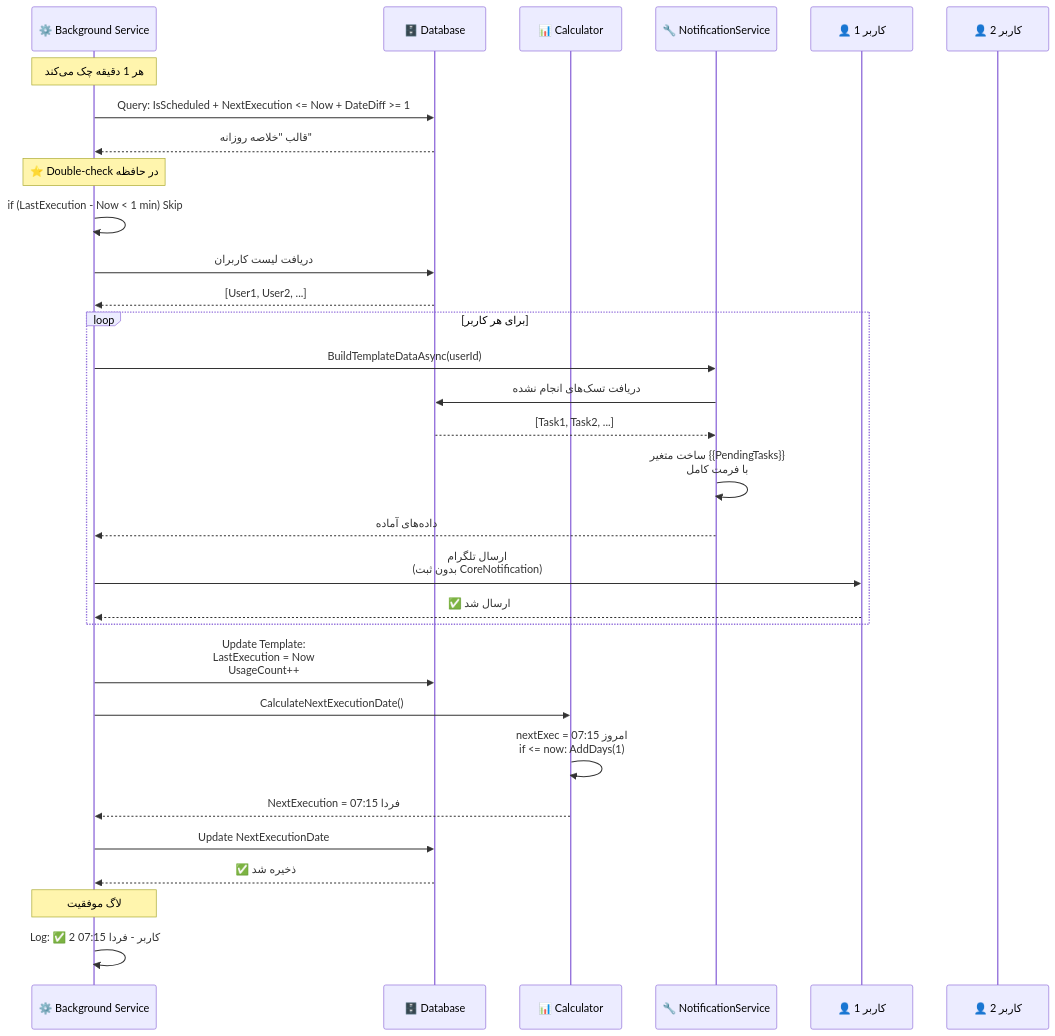
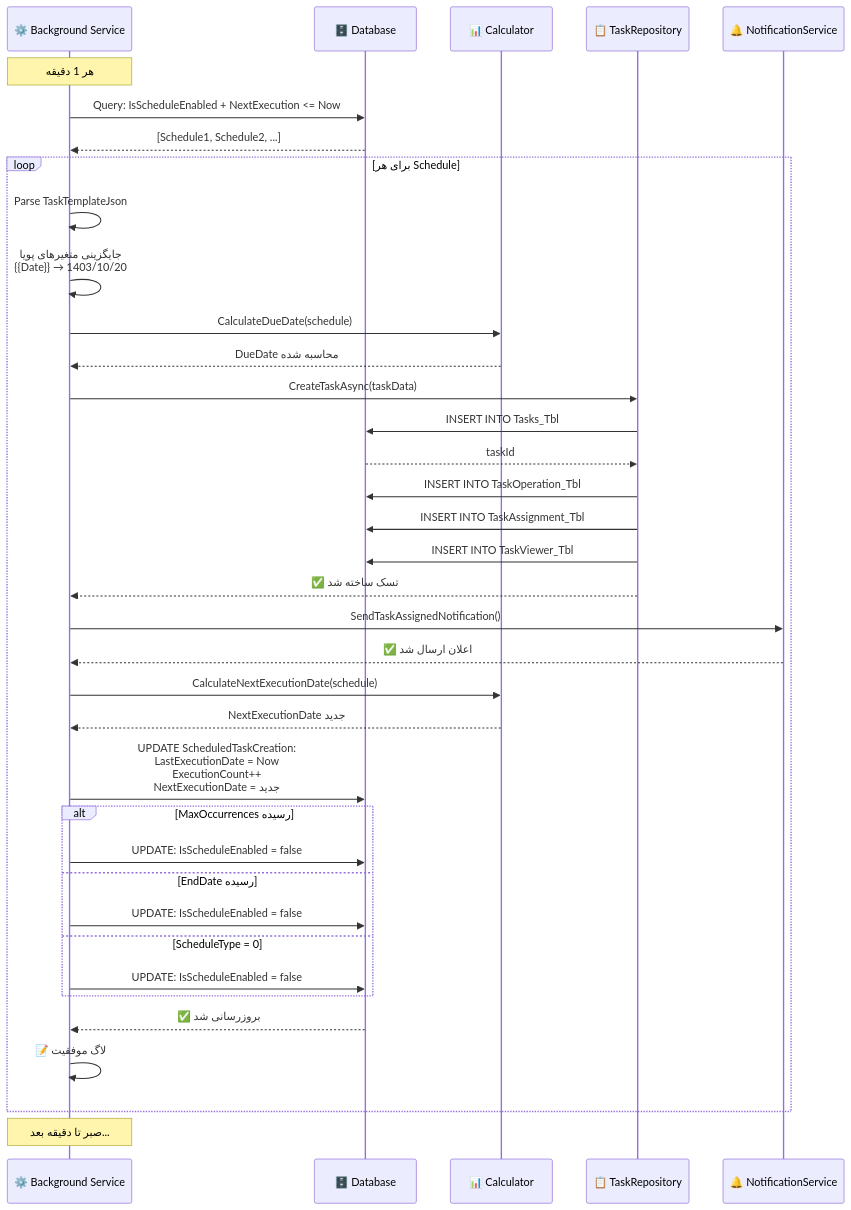
One commit to aminrey/MahERP changed diagram 15 of 25 in MahERP.DataModelLayer/Documentary/MahERP-Database-Diagrams.md. Above: the diagram before and after it, drawn with Mermaid. The commit also changed other lines of this file and 16 other files, not shown here.

First line of the commit message:
Add Scheduled Task Creation System

````diff
--- a/MahERP.DataModelLayer/Documentary/MahERP-Database-Diagrams.md
+++ b/MahERP.DataModelLayer/Documentary/MahERP-Database-Diagrams.md
@@ -816,46 +834,54 @@
 ```mermaid
 sequenceDiagram
     participant BG as ⚙️ Background Service
     participant DB as 🗄️ Database
     participant Calc as 📊 Calculator
-    participant Service as 🔧 NotificationService
-    participant User1 as 👤 کاربر 1
-    participant User2 as 👤 کاربر 2
+    participant Task as 📋 TaskRepository
+    participant Notif as 🔔 NotificationService
     
-    Note over BG: هر 1 دقیقه چک می‌کند
+    Note over BG: هر 1 دقیقه
     
-    BG->>DB: Query: IsScheduled + NextExecution <= Now + DateDiff >= 1
-    DB-->>BG: قالب "خلاصه روزانه"
+    BG->>DB: Query: IsScheduleEnabled + NextExecution <= Now
+    DB-->>BG: [Schedule1, Schedule2, ...]
     
-    Note over BG: ⭐ Double-check در حافظه
-    BG->>BG: if (LastExecution - Now < 1 min) Skip
-    
-    BG->>DB: دریافت لیست کاربران
-    DB-->>BG: [User1, User2, ...]
-    
-    loop برای هر کاربر
-        BG->>Service: BuildTemplateDataAsync(userId)
+    loop برای هر Schedule
+        BG->>BG: Parse TaskTemplateJson
         
-        Service->>DB: دریافت تسک‌های انجام نشده
-        DB-->>Service: [Task1, Task2, ...]
+        BG->>BG: جایگزینی متغیرهای پویا<br/>{{Date}} → 1403/10/20
         
-        Service->>Service: ساخت متغیر {{PendingTasks}}<br/>با فرمت کامل
+        BG->>Calc: CalculateDueDate(schedule)
+        Calc-->>BG: DueDate محاسبه شده
         
-        Service-->>BG: داده‌های آماده
+        BG->>Task: CreateTaskAsync(taskData)
+        Task->>DB: INSERT INTO Tasks_Tbl
+        DB-->>Task: taskId
         
-        BG->>User1: ارسال تلگرام<br/>(بدون ثبت CoreNotification)
-        User1-->>BG: ✅ ارسال شد
+        Task->>DB: INSERT INTO TaskOperation_Tbl
+        Task->>DB: INSERT INTO TaskAssignment_Tbl
+        Task->>DB: INSERT INTO TaskViewer_Tbl
+        
+        Task-->>BG: ✅ تسک ساخته شد
+        
+        BG->>Notif: SendTaskAssignedNotification()
+        Notif-->>BG: ✅ اعلان ارسال شد
+        
+        BG->>Calc: CalculateNextExecutionDate(schedule)
+        Calc-->>BG: NextExecutionDate جدید
+        
+        BG->>DB: UPDATE ScheduledTaskCreation:<br/>LastExecutionDate = Now<br/>ExecutionCount++<br/>NextExecutionDate = جدید
+        
+        alt MaxOccurrences رسیده
+            BG->>DB: UPDATE: IsScheduleEnabled = false
+        else EndDate رسیده
+            BG->>DB: UPDATE: IsScheduleEnabled = false
+        else ScheduleType = 0
+            BG->>DB: UPDATE: IsScheduleEnabled = false
+        end
+        
+        DB-->>BG: ✅ بروزرسانی شد
+        
+        BG->>BG: 📝 لاگ موفقیت
     end
     
-    BG->>DB: Update Template:<br/>LastExecution = Now<br/>UsageCount++
-    
-    BG->>Calc: CalculateNextExecutionDate()
-    Calc->>Calc: nextExec = امروز 07:15<br/>if <= now: AddDays(1)
-    Calc-->>BG: NextExecution = فردا 07:15
-    
-    BG->>DB: Update NextExecutionDate
-    DB-->>BG: ✅ ذخیره شد
-    
-    Note over BG: لاگ موفقیت
-    BG->>BG: Log: ✅ 2 کاربر - فردا 07:15
+    Note over BG: صبر تا دقیقه بعد...
 ```
````
